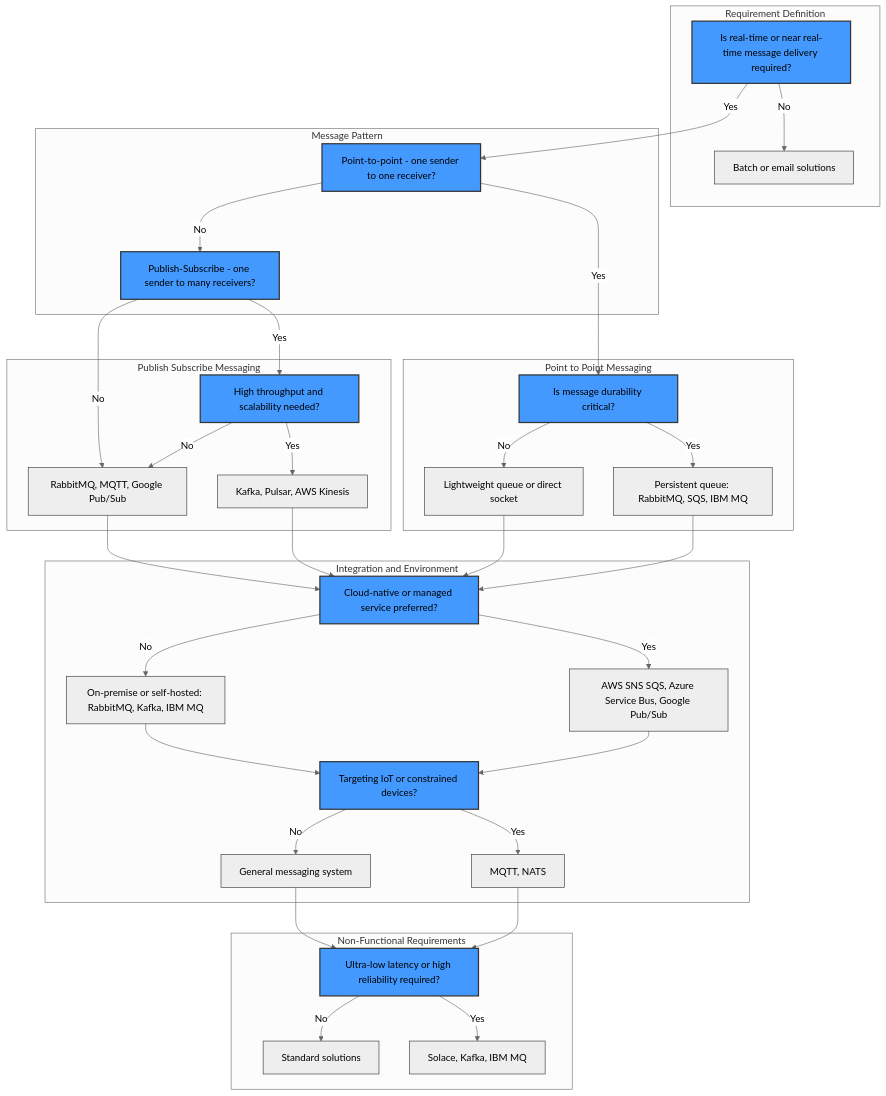
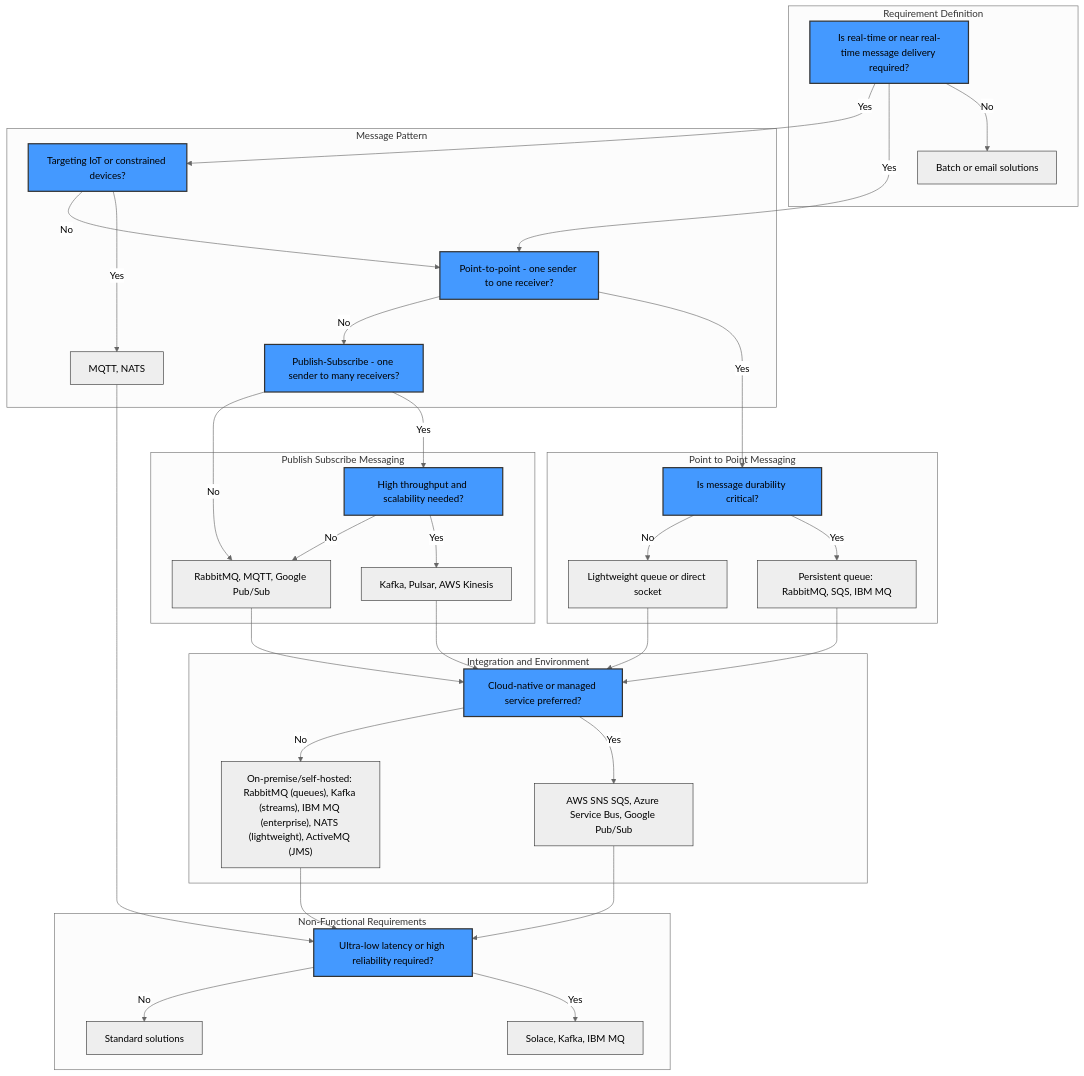
Before and after one commit to brunseba/messaging-system-tech-watch: the diagram in docs/decision-framework/decision-tree.md, drawn with Mermaid (neutral theme). The commit also changed other lines of this file, not shown here.

Commit message:
feat: enhance decision tree with detailed E3 options and IoT as functional requirement
- Add detailed breakdown for E3 on-premise solutions: RabbitMQ (queues), Kafka (streams), IBM MQ (enterprise), NATS (lightweight), ActiveMQ (JMS)
- Move IoT/constrained devices decision to functional requirements (early in the decision tree)
- Update decision flow to check IoT requirements before message pattern selection
- Improve decision tree logic flow for better user experience
- Update How to Use section to reflect IoT as step 2 functional requirement

```diff
--- a/docs/decision-framework/decision-tree.md
+++ b/docs/decision-framework/decision-tree.md
@@ -36,6 +36,10 @@
         B1:::decision
         B2["Publish-Subscribe - one sender to many receivers?"]
         B2:::decision
+        B3["Targeting IoT or constrained devices?"]
+        B3:::decision
+        B4["MQTT, NATS"]
+        B4:::leaf
     end
 
     %% Subgroup: Point-to-Point Options
@@ -64,14 +68,8 @@
         E1:::decision
         E2["AWS SNS SQS, Azure Service Bus, Google Pub/Sub"]
         E2:::leaf
-        E3["On-premise or self-hosted: RabbitMQ, Kafka, IBM MQ"]
+        E3["On-premise/self-hosted: RabbitMQ (queues), Kafka (streams), IBM MQ (enterprise), NATS (lightweight), ActiveMQ (JMS)"]
         E3:::leaf
-        F1["Targeting IoT or constrained devices?"]
-        F1:::decision
-        F2["MQTT, NATS"]
-        F2:::leaf
-        F3["General messaging system"]
-        F3:::leaf
     end
 
     %% Subgroup: Non-Functional
@@ -93,6 +91,9 @@
     C1 -- "No" --> C3
     B2 -- "Yes" --> D1
     B2 -- "No" --> D3
+    A1 -- "Yes" --> B3
+    B3 -- "Yes" --> B4
+    B3 -- "No" --> B1
     D1 -- "Yes" --> D2
     D1 -- "No" --> D3
 
@@ -103,14 +104,11 @@
 
     E1 -- "Yes" --> E2
     E1 -- "No" --> E3
-
-    E2 --> F1
-    E3 --> F1
-    F1 -- "Yes" --> F2
-    F1 -- "No" --> F3
-
-    F2 --> G1
-    F3 --> G1
+    
+    B4 --> G1
+    
+    E2 --> G1
+    E3 --> G1
     G1 -- "Yes" --> G2
     G1 -- "No" --> G3
 
```
